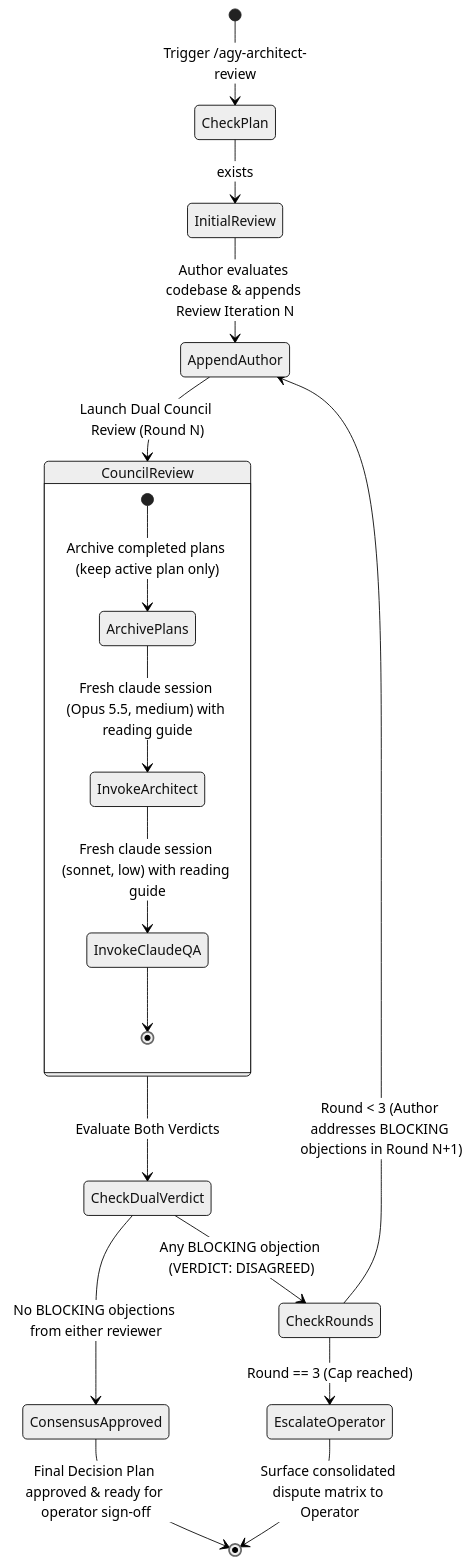
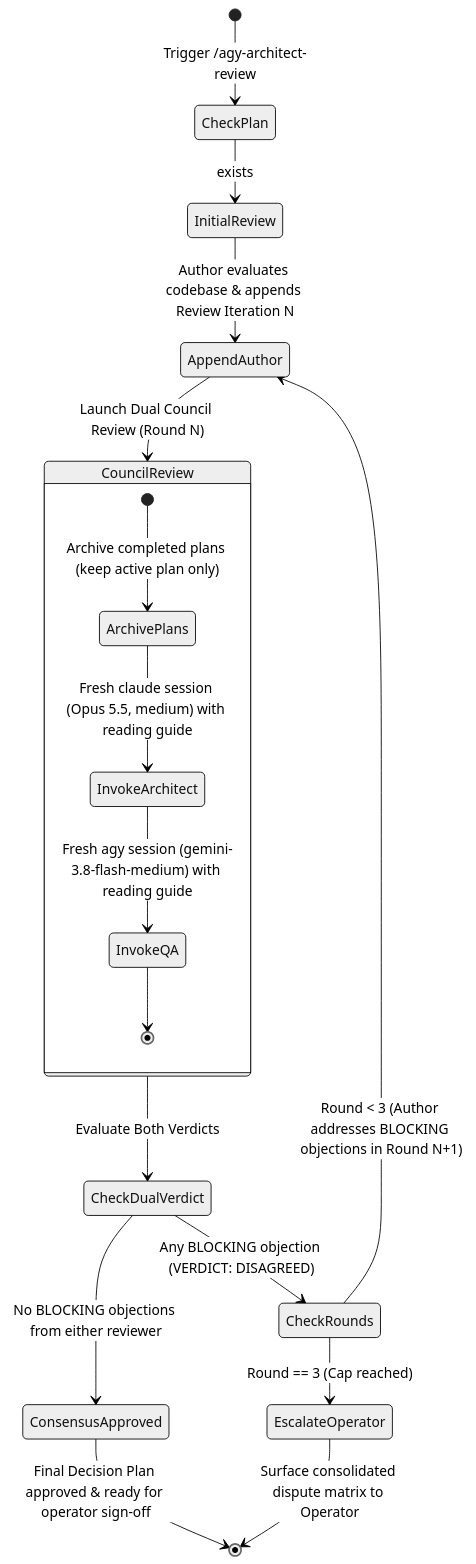
One commit to AntaresAndBharani/graph-engineering changed the diagram in .agents/skills/agy-architect-review/SKILL.md. Above: the diagram before and after it, drawn with Mermaid (neutral theme). The commit also changed other lines of this file and 4 other files, not shown here.

First line of the commit message:
feat(agy-architect-review): run QA Guardian on Gemini 3.8 Flash Medium via agy

````diff
--- a/.agents/skills/agy-architect-review/SKILL.md
+++ b/.agents/skills/agy-architect-review/SKILL.md
@@ -55,24 +55,24 @@
 ```mermaid
 stateDiagram-v2
     [*] --> CheckPlan: Trigger /agy-architect-review
     CheckPlan --> InitialReview: <PLAN> exists
     InitialReview --> AppendAuthor: Author evaluates codebase & appends Review Iteration N
 
     AppendAuthor --> CouncilReview: Launch Dual Council Review (Round N)
     state CouncilReview {
         [*] --> ArchivePlans: Archive completed plans (keep active plan only)
         ArchivePlans --> InvokeArchitect: Fresh claude session (Opus 5.5, medium) with reading guide
-        InvokeArchitect --> InvokeClaudeQA: Fresh claude session (sonnet, low) with reading guide
-        InvokeClaudeQA --> [*]
+        InvokeArchitect --> InvokeQA: Fresh agy session (gemini-3.8-flash-medium) with reading guide
+        InvokeQA --> [*]
     }
 
     CouncilReview --> CheckDualVerdict: Evaluate Both Verdicts
 
     CheckDualVerdict --> ConsensusApproved: No BLOCKING objections from either reviewer
     ConsensusApproved --> [*]: Final Decision Plan approved & ready for operator sign-off
 
     CheckDualVerdict --> CheckRounds: Any BLOCKING objection (VERDICT: DISAGREED)
     CheckRounds --> AppendAuthor: Round < 3 (Author addresses BLOCKING objections in Round N+1)
     CheckRounds --> EscalateOperator: Round == 3 (Cap reached)
     EscalateOperator --> [*]: Surface consolidated dispute matrix to Operator
 ```
````
